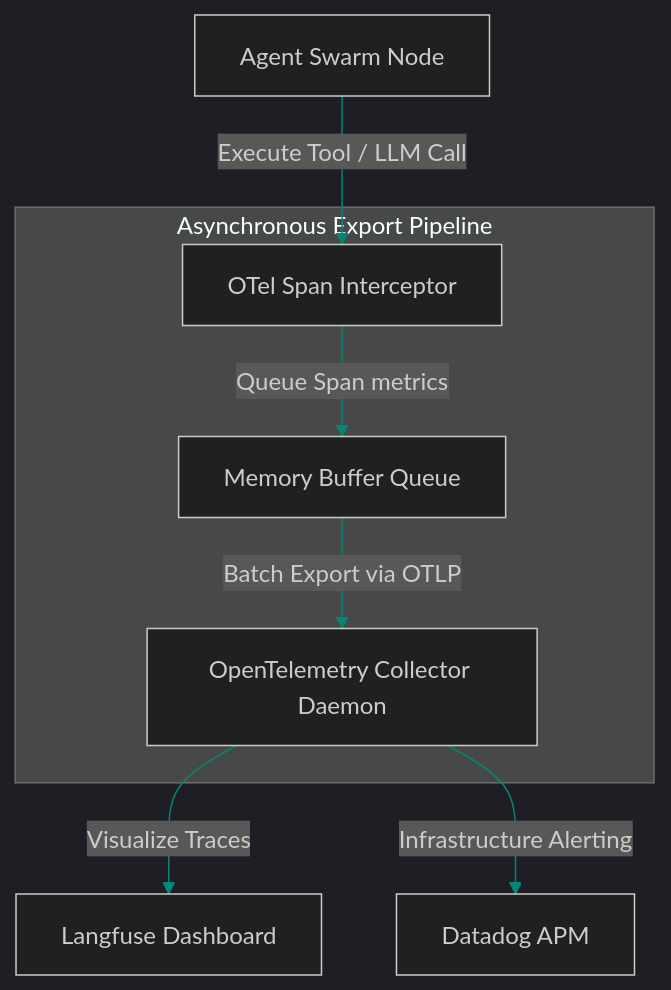
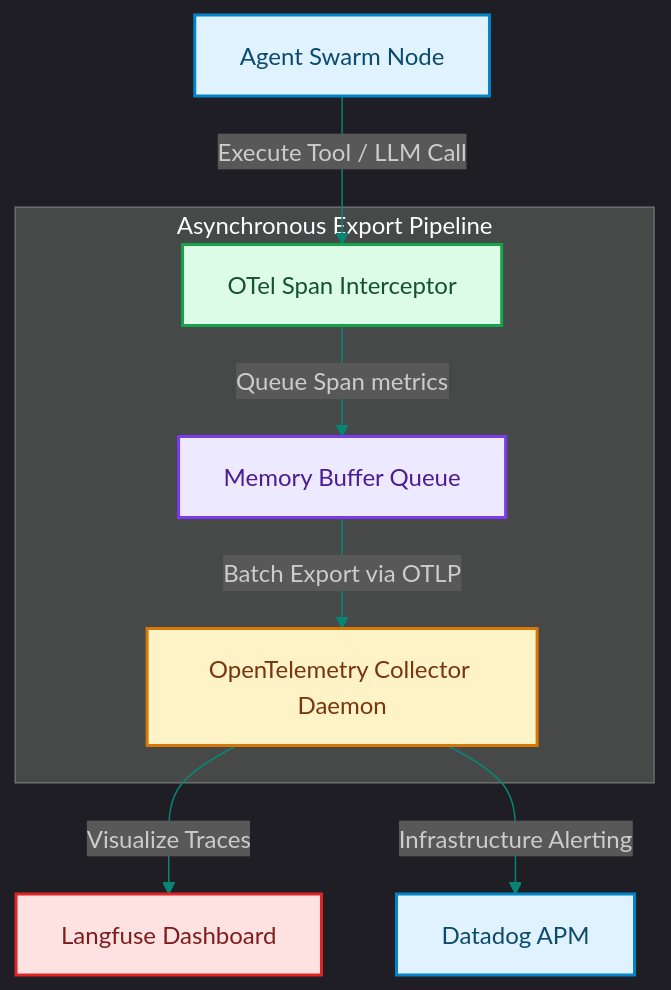
One commit to akmalkhaniub/akmalkhaniub.github.io changed the diagram in blog/posts/telemetry-opentelemetry-export-langfuse-datadog.md. Above: the diagram before and after it, drawn with Mermaid. The commit also changed other lines of this file and 1291 other files, not shown here.

First line of the commit message:
feat(catalog): unique covers, scholarly references, and diagram palettes

````diff
--- a/blog/posts/telemetry-opentelemetry-export-langfuse-datadog.md
+++ b/blog/posts/telemetry-opentelemetry-export-langfuse-datadog.md
@@ -16,13 +16,24 @@
 ```mermaid
 %%{init: {'theme': 'dark', 'themeVariables': { 'primaryColor': '#088574', 'primaryTextColor': '#f3f4f6', 'primaryBorderColor': '#0db49b', 'lineColor': '#088574', 'secondaryColor': '#111827', 'tertiaryColor': '#0b0f19'}}}%%
 flowchart TD
-    Agent[Agent Swarm Node] -->|Execute Tool / LLM Call| Interceptor[OTel Span Interceptor]
+    Agent["Agent Swarm Node"] -->|Execute Tool / LLM Call| Interceptor["OTel Span Interceptor"]
     
     subgraph SG1_AsynchronousExportPipeline ["Asynchronous Export Pipeline"]
-        Interceptor -->|Queue Span metrics| Buffer[Memory Buffer Queue]
-        Buffer -->|Batch Export via OTLP| Exporter[OpenTelemetry Collector Daemon]
+        Interceptor -->|Queue Span metrics| Buffer["Memory Buffer Queue"]
+        Buffer -->|Batch Export via OTLP| Exporter["OpenTelemetry Collector Daemon"]
     end
     
-    Exporter -->|Visualize Traces| Langfuse[Langfuse Dashboard]
-    Exporter -->|Infrastructure Alerting| Datadog[Datadog APM]
+    Exporter -->|Visualize Traces| Langfuse["Langfuse Dashboard"]
+    Exporter -->|Infrastructure Alerting| Datadog["Datadog APM"]
+
+classDef green fill:#dcfce7,stroke:#16a34a,stroke-width:2px,color:#14532d;
+classDef red fill:#fee2e2,stroke:#dc2626,stroke-width:2px,color:#7f1d1d;
+classDef blue fill:#e0f2fe,stroke:#0284c7,stroke-width:2px,color:#0c4a6e;
+classDef yellow fill:#fef3c7,stroke:#d97706,stroke-width:2px,color:#78350f;
+classDef purple fill:#ede9fe,stroke:#7c3aed,stroke-width:2px,color:#4c1d95;
+class Agent,Datadog blue
+class Interceptor green
+class Buffer purple
+class Exporter yellow
+class Langfuse red
 ```
````
